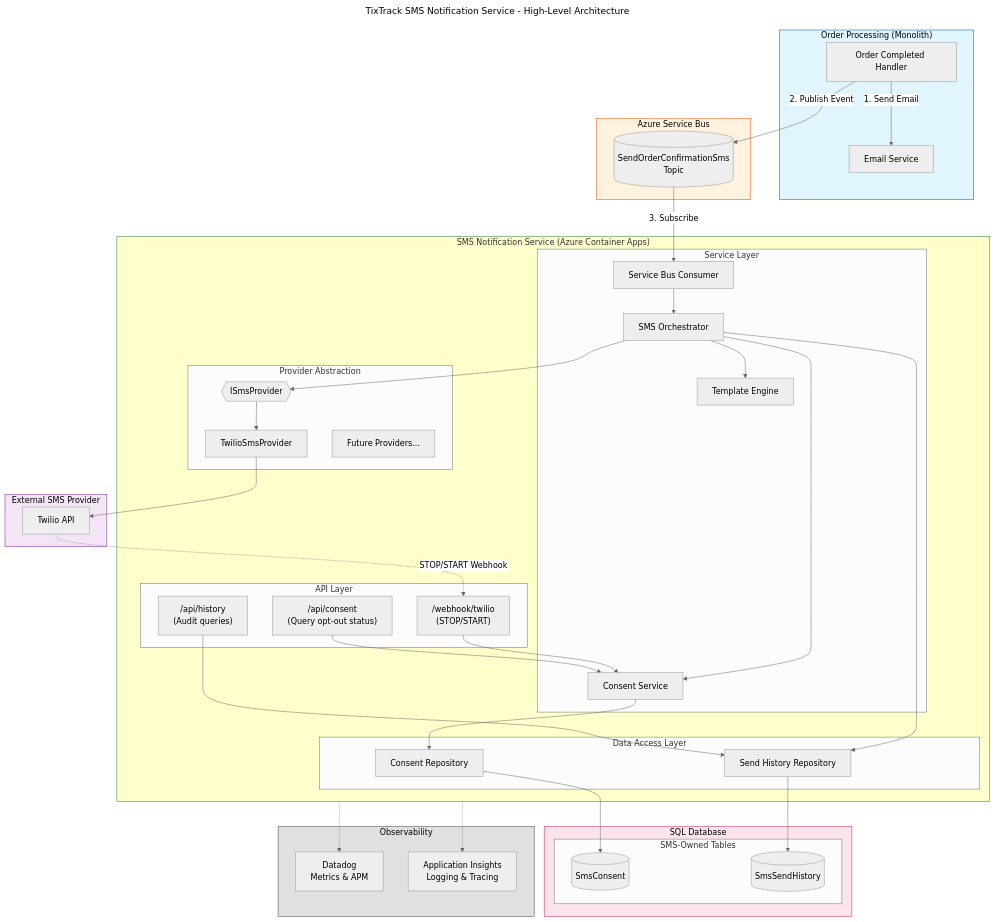
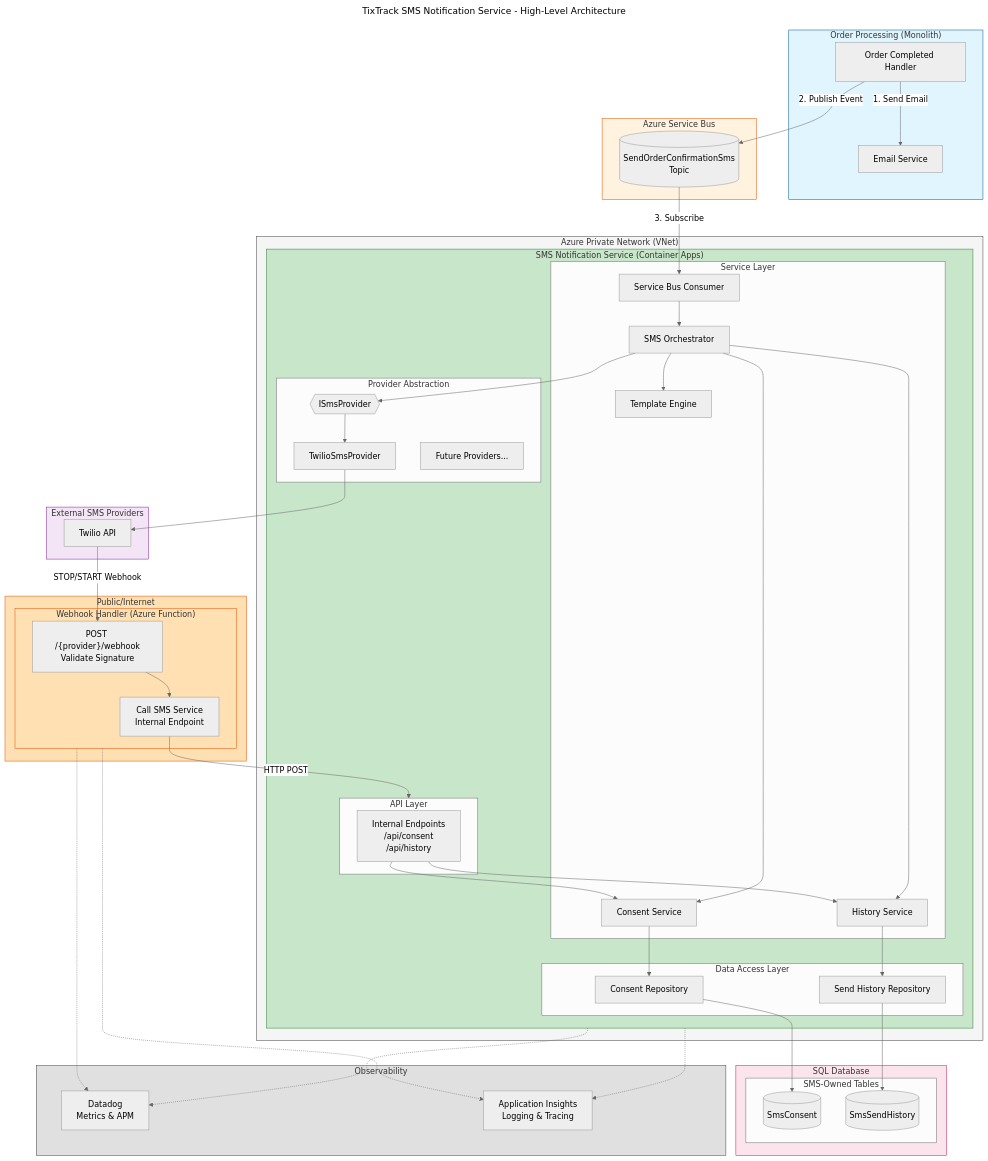
One commit to ripberge/nliven-sms changed the diagram in sms-architecture-high-level.md. Above: the diagram before and after it, drawn with Mermaid (neutral theme). The commit also changed 23 other files, not shown here.

````diff
--- a/sms-architecture-high-level.md
+++ b/sms-architecture-high-level.md
@@ -12,29 +12,37 @@
         TOPIC[("SendOrderConfirmationSms<br/>Topic")]
     end
 
-    subgraph SMSService["SMS Notification Service (Azure Container Apps)"]
-        subgraph API["API Layer"]
-            WEBHOOK["/webhook/twilio<br/>(STOP/START)"]
-            CONSENT_API["/api/consent<br/>(Query opt-out status)"]
-            HISTORY_API["/api/history<br/>(Audit queries)"]
+    subgraph PrivateNetwork["Azure Private Network (VNet)"]
+        subgraph SMSService["SMS Notification Service (Container Apps)"]
+            subgraph API["API Layer"]
+                INTERNAL_API["Internal Endpoints<br/>/api/consent<br/>/api/history"]
+            end
+            
+            subgraph ServiceLayer["Service Layer"]
+                CONSUMER[Service Bus Consumer]
+                ORCHESTRATOR[SMS Orchestrator]
+                CONSENT_SVC[Consent Service]
+                HISTORY_SVC[History Service]
+                TEMPLATE[Template Engine]
+            end
+            
+            subgraph ProviderAbstraction["Provider Abstraction"]
+                INTERFACE{{"ISmsProvider"}}
+                TWILIO[TwilioSmsProvider]
+                FUTURE[Future Providers...]
+            end
+            
+            subgraph DataLayer["Data Access Layer"]
+                CONSENT_REPO[Consent Repository]
+                HISTORY_REPO[Send History Repository]
+            end
         end
-        
-        subgraph ServiceLayer["Service Layer"]
-            CONSUMER[Service Bus Consumer]
-            ORCHESTRATOR[SMS Orchestrator]
-            CONSENT_SVC[Consent Service]
-            TEMPLATE[Template Engine]
-        end
-        
-        subgraph ProviderAbstraction["Provider Abstraction"]
-            INTERFACE{{"ISmsProvider"}}
-            TWILIO[TwilioSmsProvider]
-            FUTURE[Future Providers...]
-        end
-        
-        subgraph DataLayer["Data Access Layer"]
-            CONSENT_REPO[Consent Repository]
-            HISTORY_REPO[Send History Repository]
+    end
+
+    subgraph PublicNetwork["Public/Internet"]
+        subgraph WebhookFunction["Webhook Handler (Azure Function)"]
+            WEBHOOK_RECEIVER["POST /{provider}/webhook<br/>Validate Signature"]
+            WEBHOOK_CALLER["Call SMS Service<br/>Internal Endpoint"]
         end
     end
 
@@ -45,7 +53,7 @@
         end
     end
 
-    subgraph ExternalProviders["External SMS Provider"]
+    subgraph ExternalProviders["External SMS Providers"]
         TWILIO_API[Twilio API]
     end
 
@@ -63,43 +71,49 @@
     CONSUMER --> ORCHESTRATOR
     ORCHESTRATOR --> CONSENT_SVC
     CONSENT_SVC --> CONSENT_REPO
+    ORCHESTRATOR --> HISTORY_SVC
+    HISTORY_SVC --> HISTORY_REPO
     ORCHESTRATOR --> TEMPLATE
     ORCHESTRATOR --> INTERFACE
     INTERFACE --> TWILIO
     TWILIO --> TWILIO_API
-    ORCHESTRATOR --> HISTORY_REPO
     
     %% Data Access
     CONSENT_REPO --> SMS_CONSENT
     HISTORY_REPO --> SMS_HISTORY
     
-    %% Webhook Flow
-    TWILIO_API -.->|STOP/START Webhook| WEBHOOK
-    WEBHOOK --> CONSENT_SVC
+    %% Webhook Flow (Function to Service)
+    TWILIO_API -->|STOP/START Webhook| WEBHOOK_RECEIVER
+    WEBHOOK_RECEIVER --> WEBHOOK_CALLER
+    WEBHOOK_CALLER -->|HTTP POST| API
     
-    %% External API Access
-    CONSENT_API --> CONSENT_SVC
-    HISTORY_API --> HISTORY_REPO
+    %% API Access
+    INTERNAL_API --> CONSENT_SVC
+    INTERNAL_API --> HISTORY_SVC
     
     %% Observability
     SMSService -.-> DATADOG
     SMSService -.-> APPINSIGHTS
+    WebhookFunction -.-> DATADOG
+    WebhookFunction -.-> APPINSIGHTS
 
     %% Styling
     classDef monolith fill:#e1f5fe,stroke:#01579b
     classDef bus fill:#fff3e0,stroke:#e65100
-    classDef smsservice fill:#ffffcc,stroke:#2e7d32
+    classDef smsservice fill:#c8e6c9,stroke:#2e7d32
+    classDef private fill:#f5f5f5,stroke:#424242
+    classDef public fill:#ffe0b2,stroke:#e65100
     classDef database fill:#fce4ec,stroke:#c2185b
     classDef external fill:#f3e5f5,stroke:#7b1fa2
     classDef observability fill:#e0e0e0,stroke:#424242
-    classDef blackText color:#000
     
     class Monolith monolith
     class MessageBus bus
+    class PrivateNetwork private
     class SMSService smsservice
+    class PublicNetwork public
+    class WebhookFunction public
     class Database database
     class ExternalProviders external
     class Observability observability
-
-    class Monolith,MessageBus,ExternalProviders,Database,Observability blackText
 ```
````
